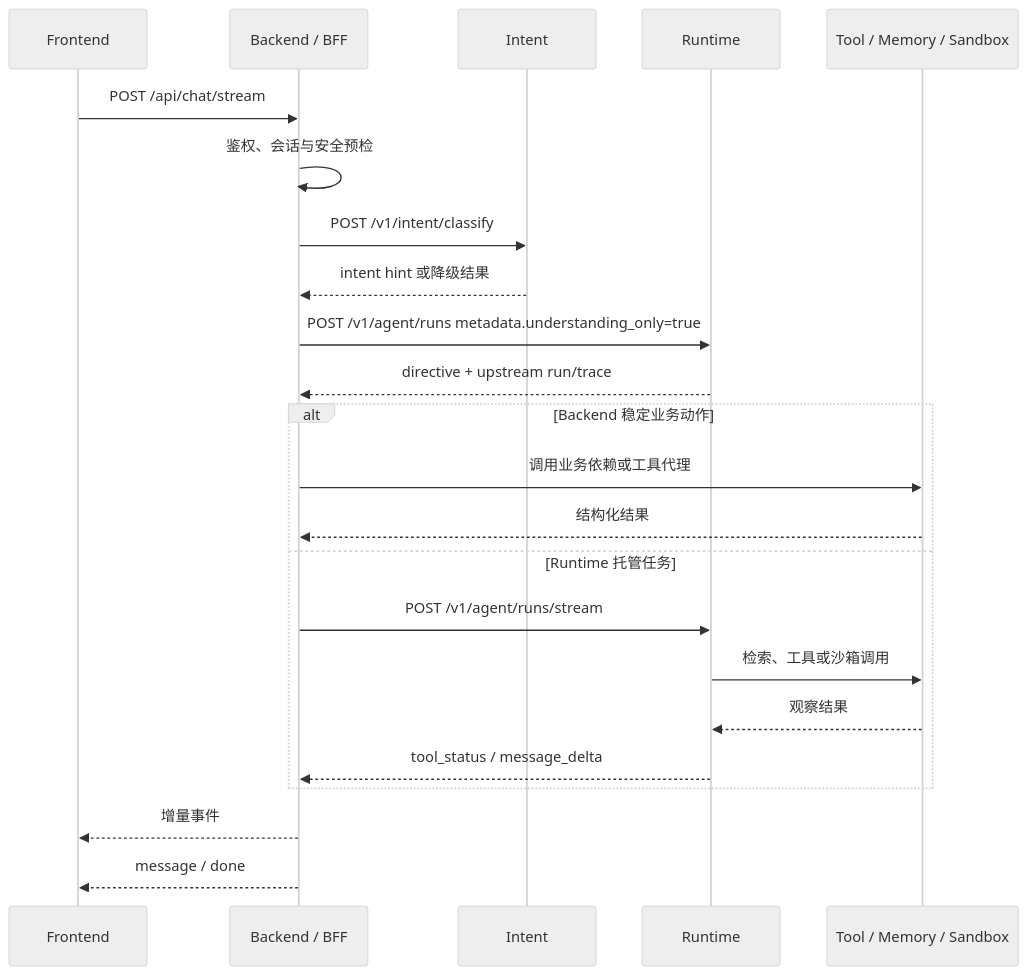
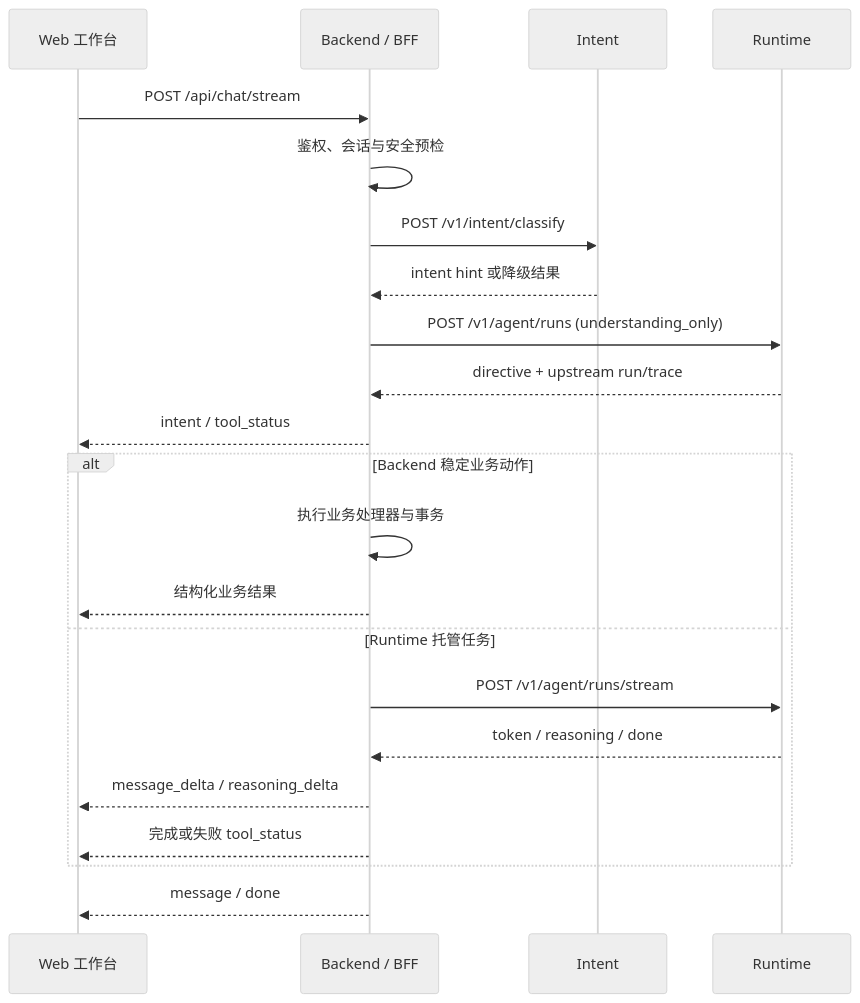
One commit to Logistic98/job-buddy changed the fourth of 5 diagrams in agent-doc/架构设计/系统架构与核心链路.md. Above: the diagram before and after it, drawn with Mermaid (neutral theme). The commit also changed other lines of this file and 32 other files, not shown here.

````diff
--- a/agent-doc/架构设计/系统架构与核心链路.md
+++ b/agent-doc/架构设计/系统架构与核心链路.md
@@ -129,26 +114,25 @@
 ```mermaid
 sequenceDiagram
-    participant FE as Frontend
+    participant FE as Web 工作台
     participant BE as Backend / BFF
     participant IN as Intent
     participant RT as Runtime
-    participant DEP as Tool / Memory / Sandbox
 
     FE->>BE: POST /api/chat/stream
     BE->>BE: 鉴权、会话与安全预检
     BE->>IN: POST /v1/intent/classify
     IN-->>BE: intent hint 或降级结果
-    BE->>RT: POST /v1/agent/runs metadata.understanding_only=true
+    BE->>RT: POST /v1/agent/runs (understanding_only)
     RT-->>BE: directive + upstream run/trace
+    BE-->>FE: intent / tool_status
     alt Backend 稳定业务动作
-        BE->>DEP: 调用业务依赖或工具代理
-        DEP-->>BE: 结构化结果
+        BE->>BE: 执行业务处理器与事务
+        BE-->>FE: 结构化业务结果
     else Runtime 托管任务
         BE->>RT: POST /v1/agent/runs/stream
-        RT->>DEP: 检索、工具或沙箱调用
-        DEP-->>RT: 观察结果
-        RT-->>BE: tool_status / message_delta
+        RT-->>BE: token / reasoning / done
+        BE-->>FE: message_delta / reasoning_delta
+        BE-->>FE: 完成或失败 tool_status
     end
-    BE-->>FE: 增量事件
     BE-->>FE: message / done
 ```
````
